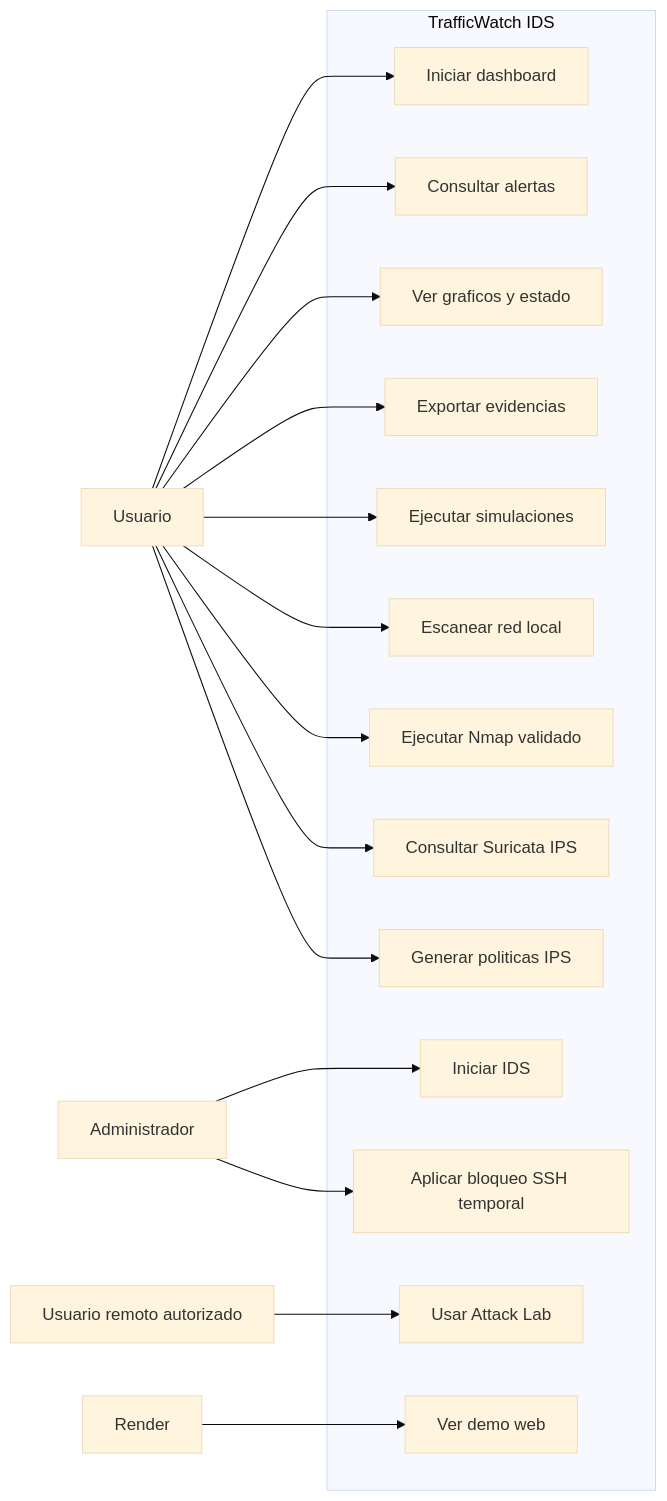
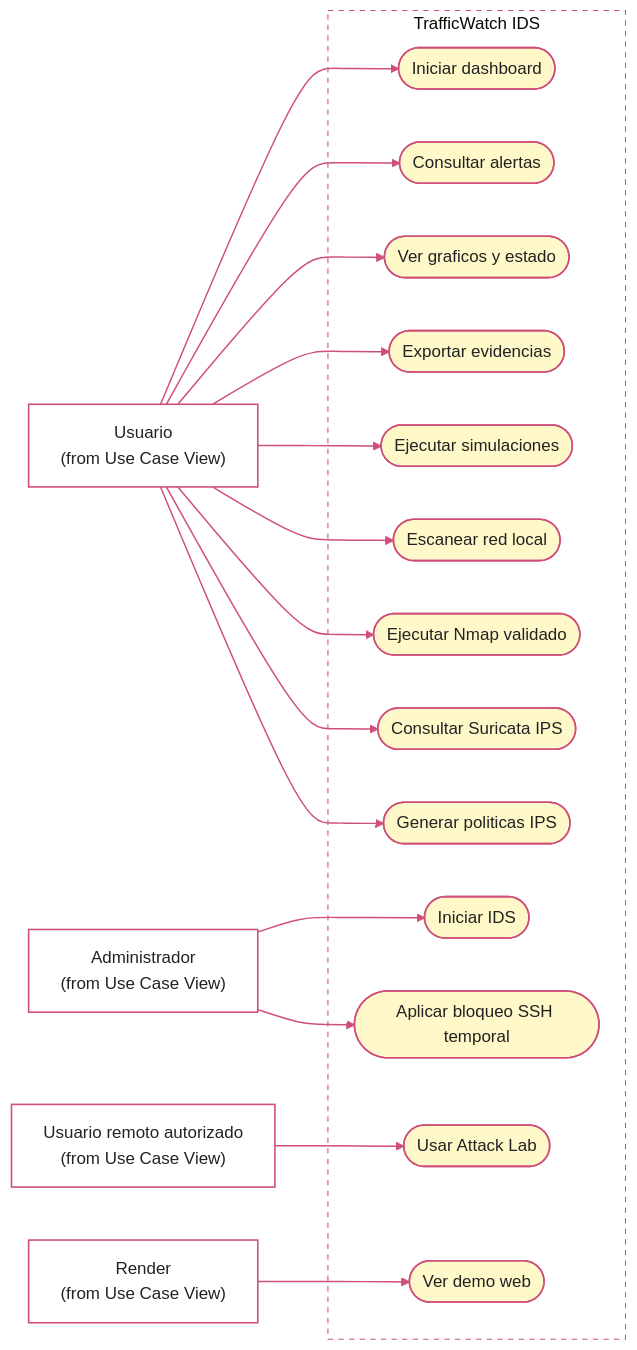
The fourth of 9 diagrams in docs/FD03-Informe-Especificación Requerimientos.md (UPT-FAING-EPIS/proyecto-si784-2026-i-u3-ids-sistema-deteccion-de-instrusos_u3), drawn with Mermaid (base theme) before and after one commit. The commit also changed other lines of this file, not shown here.

````diff
--- a/docs/FD03-Informe-Especificación Requerimientos.md
+++ b/docs/FD03-Informe-Especificación Requerimientos.md
@@ -253,37 +254,43 @@
 ```mermaid
 flowchart LR
-    USR[Usuario]
-    ADM[Administrador]
-    REM[Usuario remoto autorizado]
-    RENDER[Render]
+    classDef actor fill:#ffffff,stroke:#cf4f7a,stroke-width:1.5px,color:#222222;
+    classDef usecase fill:#fff8c9,stroke:#cf4f7a,stroke-width:1.5px,color:#222222;
+
+    USR["Usuario<br/>(from Use Case View)"]:::actor
+    ADM["Administrador<br/>(from Use Case View)"]:::actor
+    REM["Usuario remoto autorizado<br/>(from Use Case View)"]:::actor
+    RENDER["Render<br/>(from Use Case View)"]:::actor
 
     subgraph SISTEMA[TrafficWatch IDS]
-        UC01[Iniciar dashboard]
-        UC02[Iniciar IDS]
-        UC03[Consultar alertas]
-        UC04[Ver graficos y estado]
-        UC05[Exportar evidencias]
-        UC06[Ejecutar simulaciones]
-        UC07[Usar Attack Lab]
-        UC08[Escanear red local]
-        UC09[Ejecutar Nmap validado]
-        UC10[Consultar Suricata IPS]
-        UC11[Generar politicas IPS]
-        UC12[Aplicar bloqueo SSH temporal]
-        UC13[Ver demo web]
+        UC01(["Iniciar dashboard"]):::usecase
+        UC02(["Iniciar IDS"]):::usecase
+        UC03(["Consultar alertas"]):::usecase
+        UC04(["Ver graficos y estado"]):::usecase
+        UC05(["Exportar evidencias"]):::usecase
+        UC06(["Ejecutar simulaciones"]):::usecase
+        UC07(["Usar Attack Lab"]):::usecase
+        UC08(["Escanear red local"]):::usecase
+        UC09(["Ejecutar Nmap validado"]):::usecase
+        UC10(["Consultar Suricata IPS"]):::usecase
+        UC11(["Generar politicas IPS"]):::usecase
+        UC12(["Aplicar bloqueo SSH temporal"]):::usecase
+        UC13(["Ver demo web"]):::usecase
     end
+    style SISTEMA fill:#ffffff,stroke:#cf4f7a,stroke-width:1px,stroke-dasharray: 5 5
 
     USR --> UC01
     USR --> UC03
     USR --> UC04
     USR --> UC05
     USR --> UC06
     USR --> UC08
     USR --> UC09
     USR --> UC10
     USR --> UC11
     ADM --> UC02
     ADM --> UC12
     REM --> UC07
     RENDER --> UC13
+
+    linkStyle default stroke:#cf4f7a,stroke-width:1.4px
 ```
````
